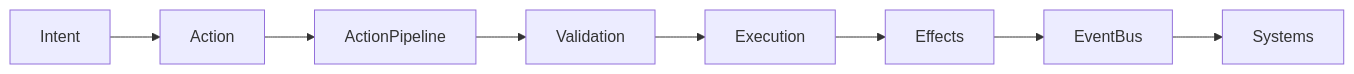
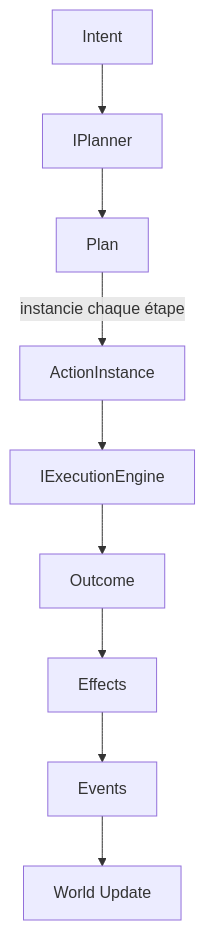
One commit to leseke/CHRONIQUES changed the diagram in ENGINE/ENGINE-006-ActionPipeline.md. Above: the diagram before and after it, drawn with Mermaid. The commit also changed other lines of this file, not shown here.

First line of the commit message:
Update Action Pipeline document to version 1.2

````diff
--- a/ENGINE/ENGINE-006-ActionPipeline.md
+++ b/ENGINE/ENGINE-006-ActionPipeline.md
@@ -49,24 +208,12 @@
 ```mermaid
-flowchart LR
+flowchart TD
 
-Intent
-    --> Action
-
-Action
-    --> ActionPipeline
-
-ActionPipeline
-    --> Validation
-
-Validation
-    --> Execution
-
-Execution
-    --> Effects
-
-Effects
-    --> EventBus
-
-EventBus
-    --> Systems
+Intent --> IPlanner
+IPlanner --> Plan
+Plan -->|instancie chaque étape| ActionInstance
+ActionInstance --> IExecutionEngine
+IExecutionEngine --> Outcome
+Outcome --> Effects
+Effects --> Events
+Events --> WorldUpdate[World Update]
 ```
````
